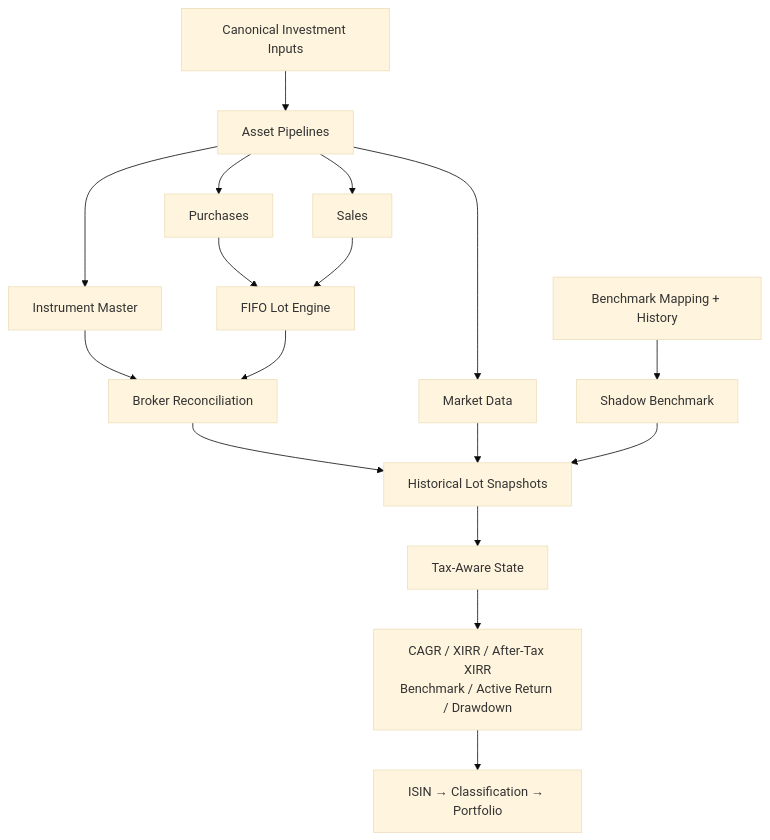
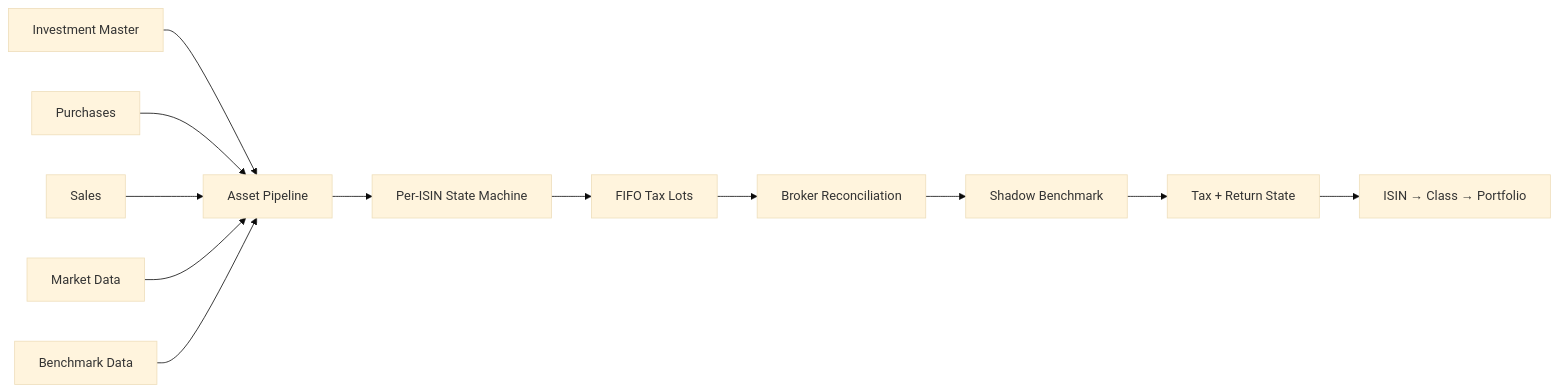
One commit to tks18/personal-finance-etl changed the first of 4 diagrams in docs/finance/investment-analytics.md. Above: the diagram before and after it, drawn with Mermaid (base theme). The commit also changed other lines of this file and 5 other files, not shown here.

````diff
--- a/docs/finance/investment-analytics.md
+++ b/docs/finance/investment-analytics.md
@@ -33,22 +7,15 @@
 ```mermaid
-flowchart TB
-    SRC["Canonical Investment Inputs"] --> AP["Asset Pipelines"]
-    AP --> BUY["Purchases"]
-    AP --> SELL["Sales"]
-    AP --> MD["Market Data"]
-    AP --> MASTER["Instrument Master"]
+flowchart LR
+    MASTER["Investment Master"] --> PIPE["Asset Pipeline"]
+    BUY["Purchases"] --> PIPE
+    SELL["Sales"] --> PIPE
+    MKT["Market Data"] --> PIPE
+    BM["Benchmark Data"] --> PIPE
 
-    BUY --> FIFO["FIFO Lot Engine"]
-    SELL --> FIFO
-    MASTER --> REC["Broker Reconciliation"]
-    FIFO --> REC
-
-    BM["Benchmark Mapping + History"] --> SH["Shadow Benchmark"]
-    REC --> SNAP["Historical Lot Snapshots"]
-    MD --> SNAP
-    SH --> SNAP
-
-    SNAP --> TAX["Tax-Aware State"]
-    TAX --> RET["CAGR / XIRR / After-Tax XIRR<br/>Benchmark / Active Return / Drawdown"]
-    RET --> AGG["ISIN → Classification → Portfolio"]
+    PIPE --> ISIN["Per-ISIN State Machine"]
+    ISIN --> FIFO["FIFO Tax Lots"]
+    FIFO --> RECON["Broker Reconciliation"]
+    RECON --> SHADOW["Shadow Benchmark"]
+    SHADOW --> PERF["Tax + Return State"]
+    PERF --> HIER["ISIN → Class → Portfolio"]
 ```
````
